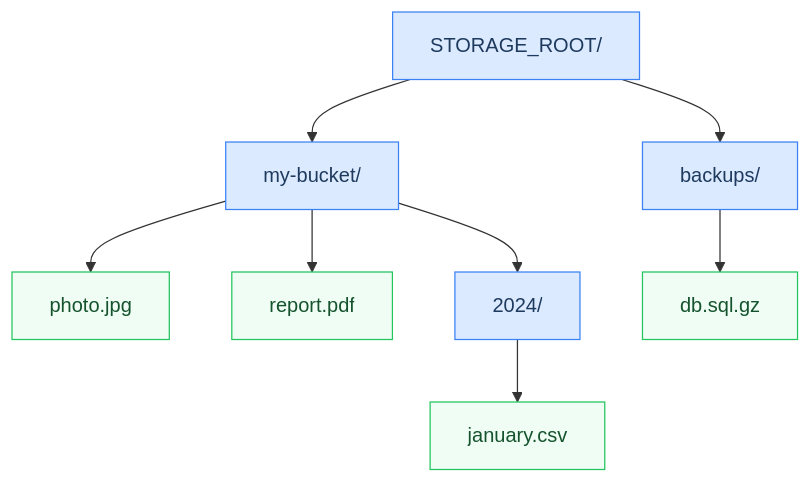
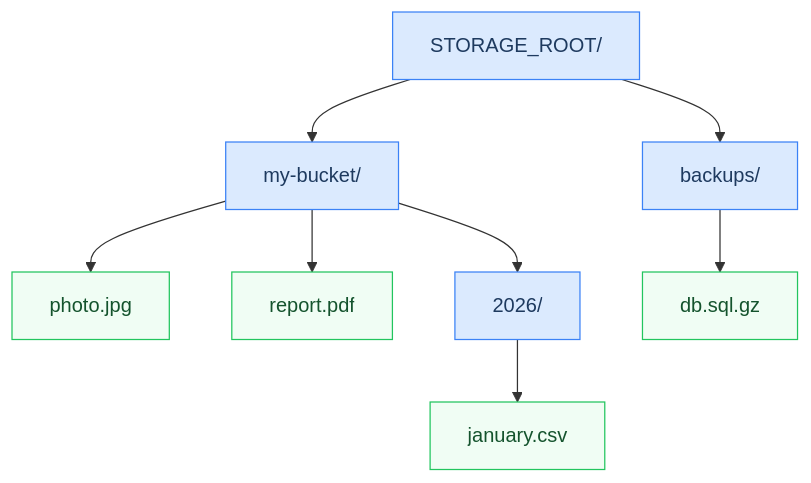
The third of 3 diagrams in README.md (franciscoernestoteixeira/tiny-s3), drawn with Mermaid before and after one commit. The commit also changed other lines of this file and 11 other files, not shown here.

````diff
--- a/README.md
+++ b/README.md
@@ -81,14 +97,14 @@
 ```mermaid
 graph TD
     R["STORAGE_ROOT/"]:::dir
     R --> B1["my-bucket/"]:::dir
     R --> B2["backups/"]:::dir
     B1 --> F1["photo.jpg"]:::file
     B1 --> F2["report.pdf"]:::file
-    B1 --> SD["2024/"]:::dir
+    B1 --> SD["2026/"]:::dir
     SD --> F3["january.csv"]:::file
     B2 --> F4["db.sql.gz"]:::file
 
     classDef dir  fill:#dbeafe,stroke:#3b82f6,color:#1e3a5f
     classDef file fill:#f0fdf4,stroke:#22c55e,color:#14532d
 ```
````
